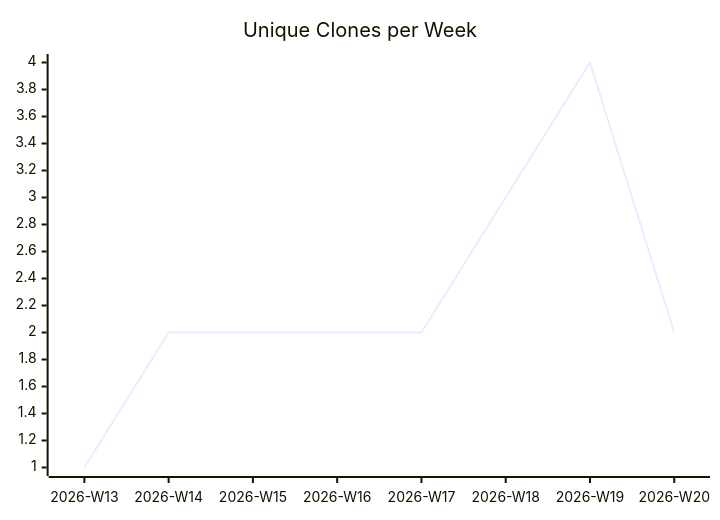
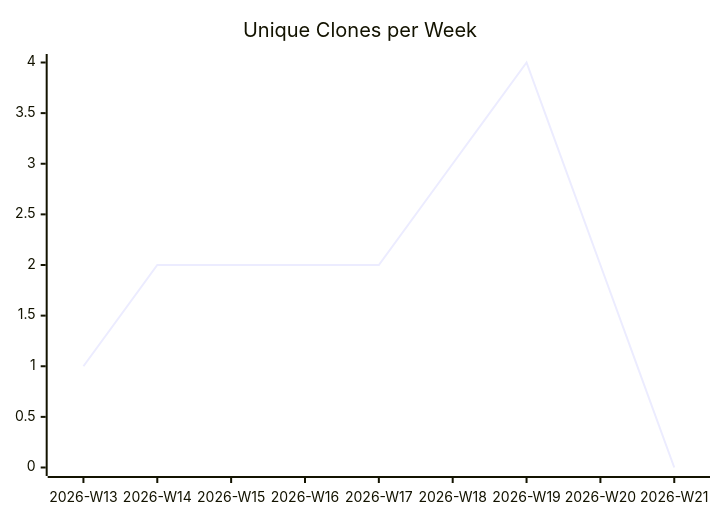
One commit to justdavis-family/github-analytics-data changed the third of 3 diagrams in karlmdavis/hello-rust-actix/README.md. Above: the diagram before and after it, drawn with Mermaid. The commit also changed other lines of this file and 189 other files, not shown here.

````diff
--- a/karlmdavis/hello-rust-actix/README.md
+++ b/karlmdavis/hello-rust-actix/README.md
@@ -19,6 +19,6 @@
 ```mermaid
 xychart-beta
   title "Unique Clones per Week"
-  x-axis ["2026-W13", "2026-W14", "2026-W15", "2026-W16", "2026-W17", "2026-W18", "2026-W19", "2026-W20"]
-  line [1, 2, 2, 2, 2, 3, 4, 2]
+  x-axis ["2026-W13", "2026-W14", "2026-W15", "2026-W16", "2026-W17", "2026-W18", "2026-W19", "2026-W20", "2026-W21"]
+  line [1, 2, 2, 2, 2, 3, 4, 2, 0]
 ```
````
